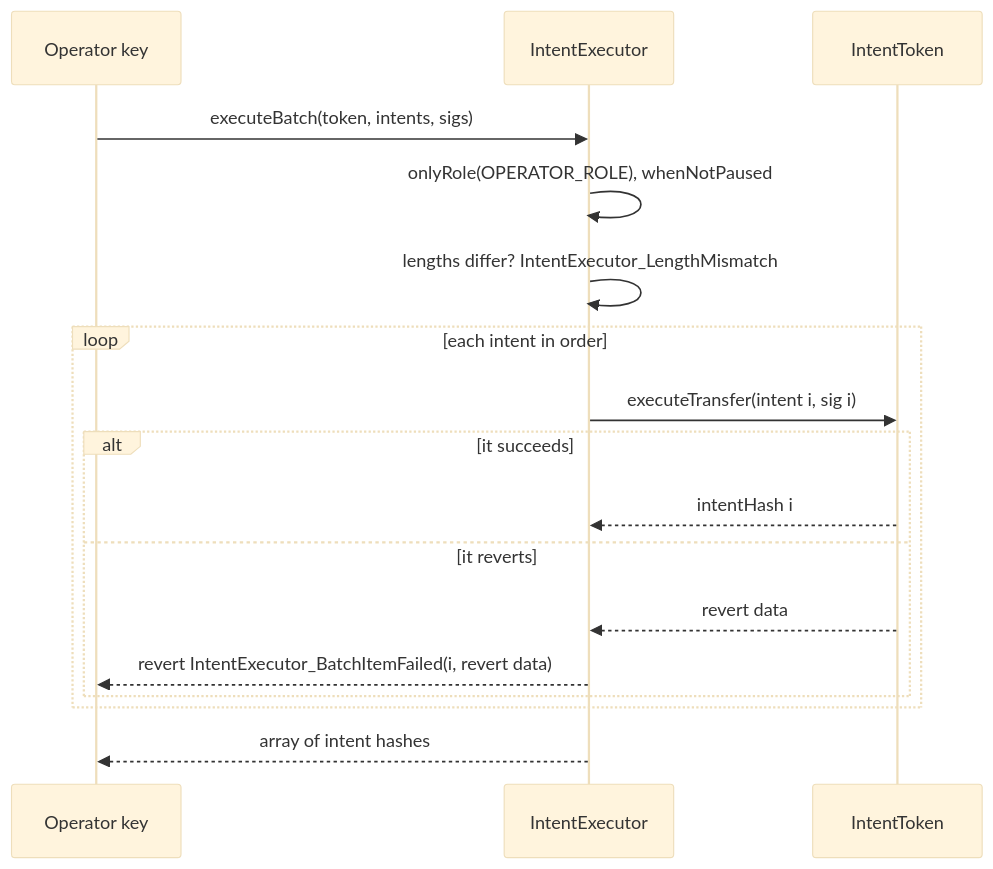
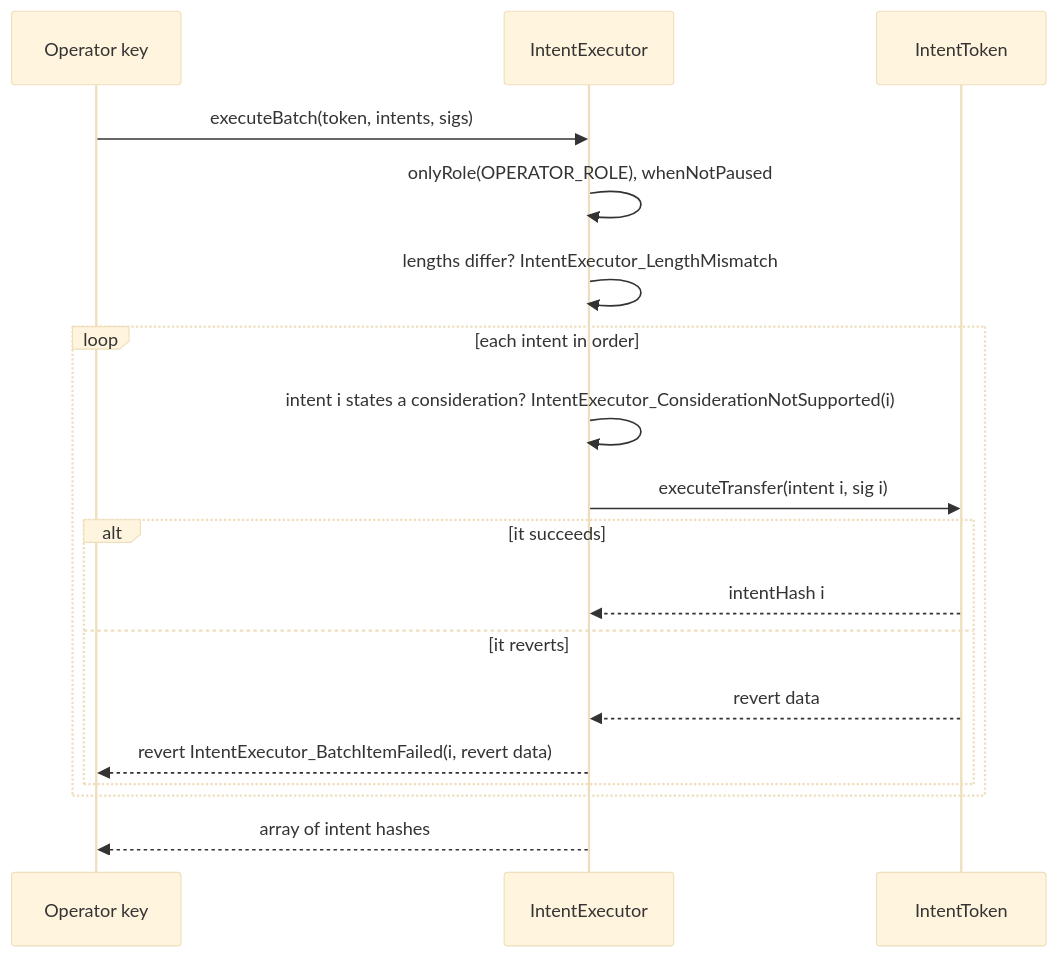
One commit to fepvenancio/rwa-token changed the fourth of 7 diagrams in docs/flows-token.md. Above: the diagram before and after it, drawn with Mermaid (base theme). The commit also changed other lines of this file and 116 other files, not shown here.

````diff
--- a/docs/flows-token.md
+++ b/docs/flows-token.md
@@ -143,19 +163,20 @@
 ```mermaid
 sequenceDiagram
   participant Op as Operator key
   participant Ex as IntentExecutor
   participant T as IntentToken
   Op->>Ex: executeBatch(token, intents, sigs)
   Ex->>Ex: onlyRole(OPERATOR_ROLE), whenNotPaused
   Ex->>Ex: lengths differ? IntentExecutor_LengthMismatch
   loop each intent in order
+    Ex->>Ex: intent i states a consideration? IntentExecutor_ConsiderationNotSupported(i)
     Ex->>T: executeTransfer(intent i, sig i)
     alt it succeeds
       T-->>Ex: intentHash i
     else it reverts
       T-->>Ex: revert data
       Ex-->>Op: revert IntentExecutor_BatchItemFailed(i, revert data)
     end
   end
   Ex-->>Op: array of intent hashes
 ```
````
